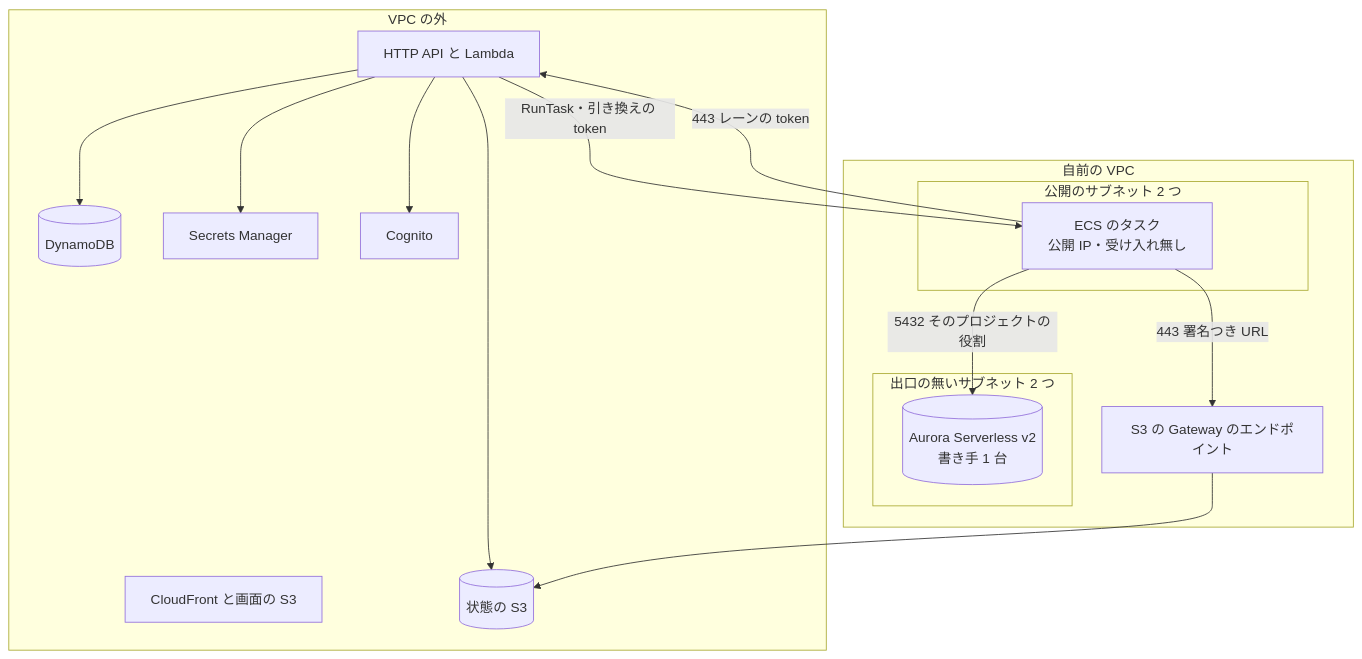
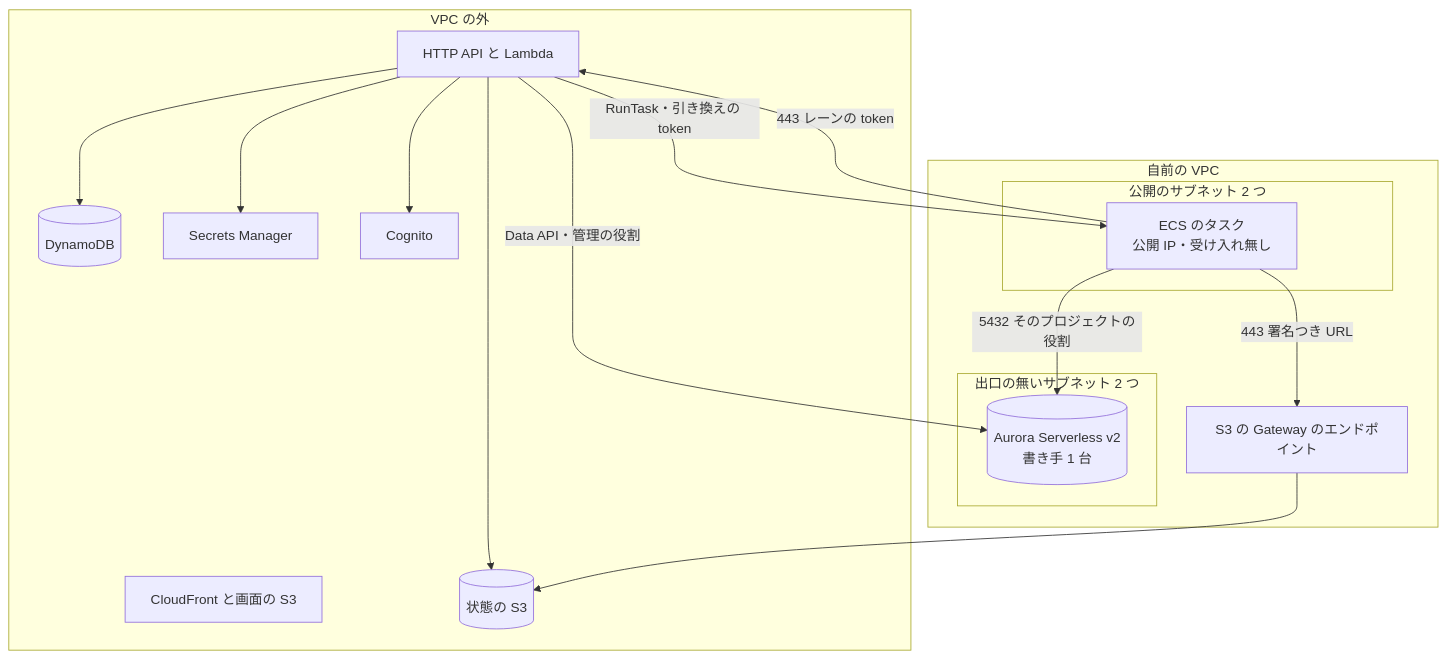
Before and after one commit to devbasex/nd-factory: the third of 3 diagrams in docs/design/platform.md, drawn with Mermaid. The commit also changed other lines of this file and 7 other files, not shown here.

First line of the commit message:
Docs: 進行表の DB の用意を ECS のタスクから RDS Data API を使う Lambda「DB の用意の関数」へ移す（#13）

````diff
--- a/docs/design/platform.md
+++ b/docs/design/platform.md
@@ -151,29 +154,30 @@
 ```mermaid
 graph TD
-    subgraph VPC の外
+    subgraph OUT[VPC の外]
         CF[CloudFront と画面の S3]
         GW[HTTP API と Lambda]
         D[(DynamoDB)]
         S[(状態の S3)]
         SM[Secrets Manager]
         CG[Cognito]
     end
-    subgraph 自前の VPC
-        subgraph 公開のサブネット 2 つ
-            T[ECS のタスク<br/>公開 IP・受け入れ無し]
+    subgraph VPC[自前の VPC]
+        subgraph PUB[公開のサブネット 2 つ]
+            T["ECS のタスク<br/>公開 IP・受け入れ無し"]
         end
-        subgraph 出口の無いサブネット 2 つ
-            A[(Aurora Serverless v2<br/>書き手 1 台)]
+        subgraph PRIV[出口の無いサブネット 2 つ]
+            A[("Aurora Serverless v2<br/>書き手 1 台")]
         end
         E[S3 の Gateway のエンドポイント]
     end
     GW --> D
     GW --> S
     GW --> SM
     GW --> CG
     GW -->|RunTask・引き換えの token| T
+    GW -->|Data API・管理の役割| A
     T -->|443 レーンの token| GW
     T -->|5432 そのプロジェクトの役割| A
     T -->|443 署名つき URL| E
     E --> S
 ```
````
